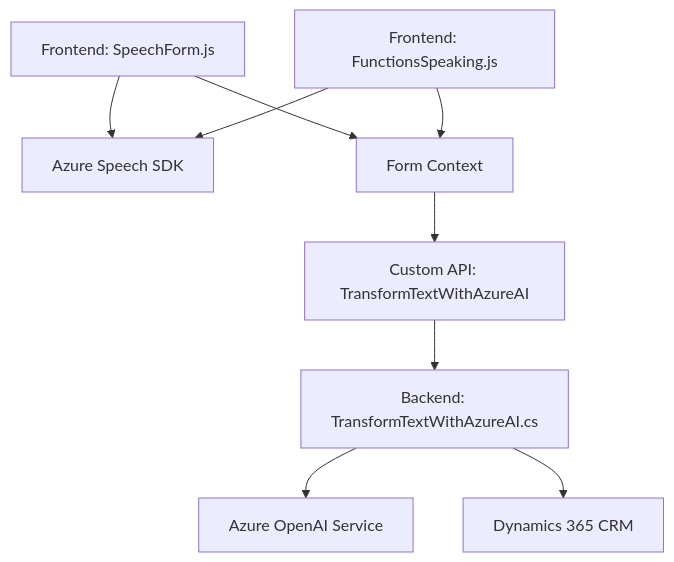
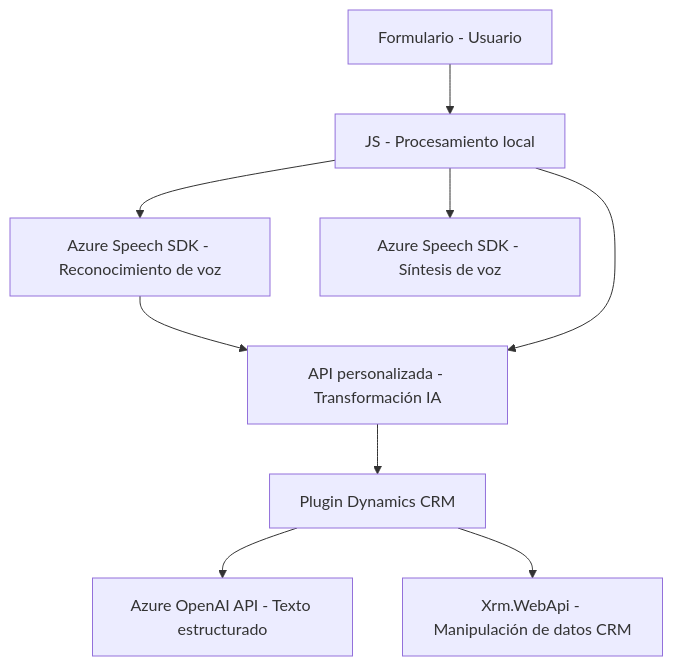
The diagram in README.md (blopezdm/NETCORE_BILBAO2025), drawn with Mermaid before and after one commit. The commit also changed other lines of this file, not shown here.

````diff
--- a/README.md
+++ b/README.md
@@ -37,20 +51,11 @@
 ```mermaid
 graph TD
-  A["Frontend: SpeechForm.js"]
-  B["Frontend: FunctionsSpeaking.js"]
-  C["Azure Speech SDK"]
-  D["Form Context"]
-  E["Custom API: TransformTextWithAzureAI"]
-  F["Backend: TransformTextWithAzureAI.cs"]
-  G["Dynamics 365 CRM"]
-  H["Azure OpenAI Service"]
-
-  A --> C
-  A --> D
-  B --> C
-  B --> D
-  D --> E
-  E --> F
-  F --> H
-  F --> G
+    A["Formulario - Usuario"] --> B["JS - Procesamiento local"]
+    B --> C["Azure Speech SDK - Reconocimiento de voz"]
+    B --> D["Azure Speech SDK - Síntesis de voz"]
+    C --> E["API personalizada - Transformación IA"]
+    B --> E
+    E --> F["Plugin Dynamics CRM"]
+    F --> G["Azure OpenAI API - Texto estructurado"]
+    F --> H["Xrm.WebApi - Manipulación de datos CRM"]
 ```
````
